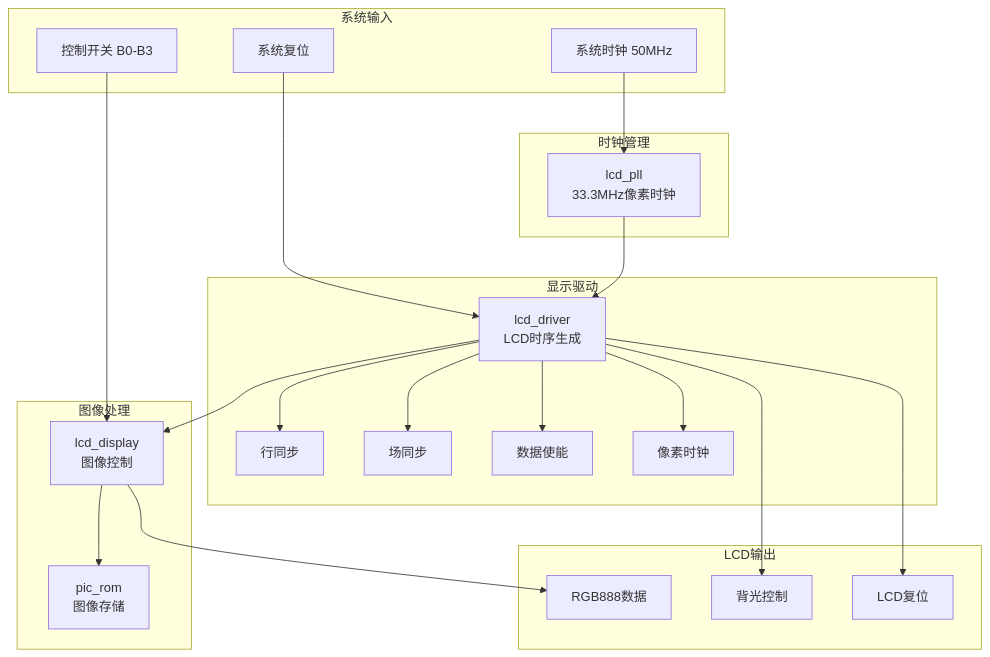
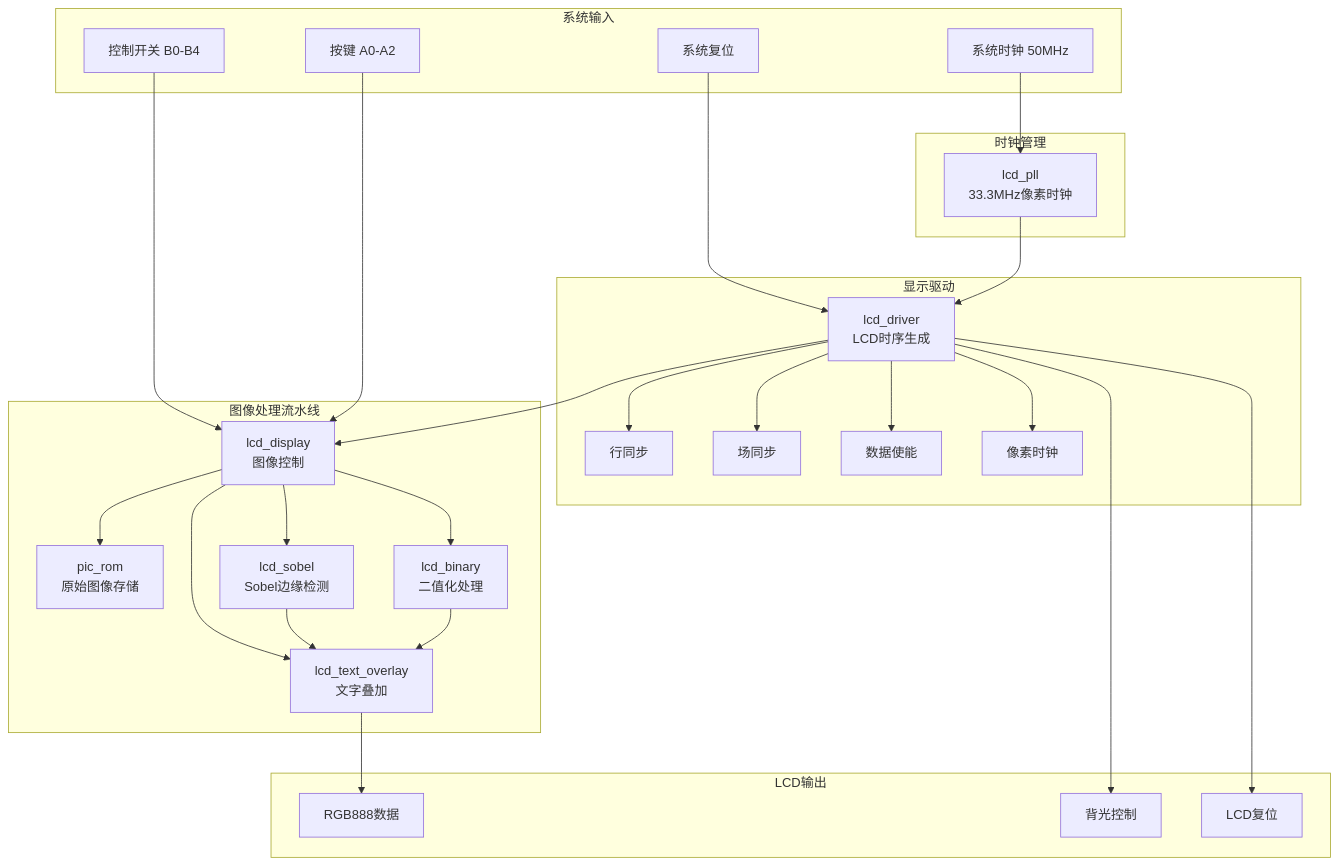
The first of 11 diagrams in .qoder/repowiki/zh/content/项目概述/技术架构/技术架构.md (soupherexd/LCD_ROM_PIC), drawn with Mermaid before and after one commit. The commit also changed other lines of this file and 5 other files, not shown here.

````diff
--- a/.qoder/repowiki/zh/content/项目概述/技术架构/技术架构.md
+++ b/.qoder/repowiki/zh/content/项目概述/技术架构/技术架构.md
@@ -45,40 +57,50 @@
 ```mermaid
 graph TB
 subgraph "系统输入"
 SYS_CLK[系统时钟 50MHz]
 SYS_RST[系统复位]
-CONTROLS[控制开关 B0-B3]
+CONTROLS[控制开关 B0-B4]
+KEYS[按键 A0-A2]
 end
 subgraph "时钟管理"
 PLL[lcd_pll<br/>33.3MHz像素时钟]
 end
 subgraph "显示驱动"
 DRIVER[lcd_driver<br/>LCD时序生成]
 HS[行同步]
 VS[场同步]
 DE[数据使能]
 PCLK[像素时钟]
 end
-subgraph "图像处理"
+subgraph "图像处理流水线"
 DISPLAY[lcd_display<br/>图像控制]
-ROM[pic_rom<br/>图像存储]
+ROM[pic_rom<br/>原始图像存储]
+SOBEL[lcd_sobel<br/>Sobel边缘检测]
+BINARY[lcd_binary<br/>二值化处理]
+TEXT[lcd_text_overlay<br/>文字叠加]
 end
 subgraph "LCD输出"
 RGB[RGB888数据]
 BL[背光控制]
 LCD_RST[LCD复位]
 end
 SYS_CLK --> PLL
 SYS_RST --> DRIVER
 CONTROLS --> DISPLAY
+KEYS --> DISPLAY
 PLL --> DRIVER
 DRIVER --> HS
 DRIVER --> VS
 DRIVER --> DE
 DRIVER --> PCLK
 DRIVER --> DISPLAY
 DISPLAY --> ROM
-DISPLAY --> RGB
+DISPLAY --> SOBEL
+DISPLAY --> BINARY
+DISPLAY --> TEXT
+SOBEL --> TEXT
+BINARY --> TEXT
+TEXT --> RGB
 DRIVER --> BL
 DRIVER --> LCD_RST
 ```
````
